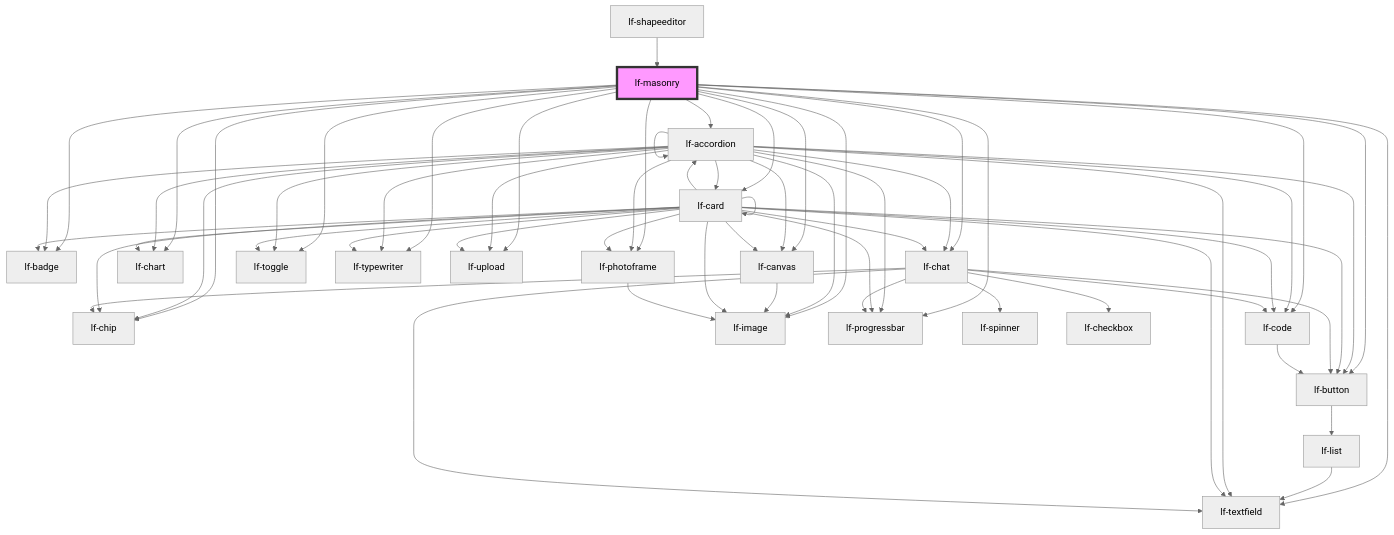
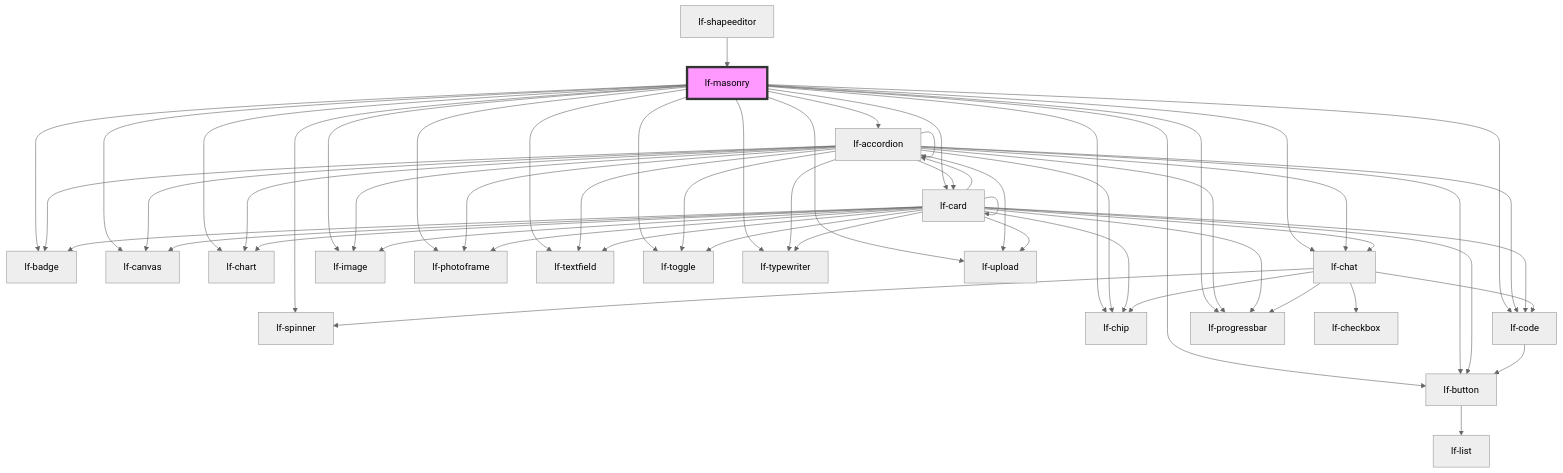
One commit to lucafoscili/lf-widgets changed the diagram in packages/core/src/components/lf-masonry/readme.md. Above: the diagram before and after it, drawn with Mermaid (neutral theme). The commit also changed other lines of this file and 96 other files, not shown here.

First line of the commit message:
chore: Refactor core components to use FC-based Button and Textfield

````diff
--- a/packages/core/src/components/lf-masonry/readme.md
+++ b/packages/core/src/components/lf-masonry/readme.md
@@ -175,65 +176,61 @@
 ```mermaid
 graph TD;
-  lf-masonry --> lf-button
+  lf-masonry --> lf-spinner
   lf-masonry --> lf-accordion
   lf-masonry --> lf-badge
+  lf-masonry --> lf-button
   lf-masonry --> lf-canvas
   lf-masonry --> lf-card
   lf-masonry --> lf-chart
   lf-masonry --> lf-chat
   lf-masonry --> lf-chip
   lf-masonry --> lf-code
   lf-masonry --> lf-image
   lf-masonry --> lf-photoframe
   lf-masonry --> lf-progressbar
   lf-masonry --> lf-textfield
   lf-masonry --> lf-toggle
   lf-masonry --> lf-typewriter
   lf-masonry --> lf-upload
-  lf-button --> lf-list
-  lf-list --> lf-textfield
   lf-accordion --> lf-accordion
   lf-accordion --> lf-badge
   lf-accordion --> lf-button
   lf-accordion --> lf-canvas
   lf-accordion --> lf-card
   lf-accordion --> lf-chart
   lf-accordion --> lf-chat
   lf-accordion --> lf-chip
   lf-accordion --> lf-code
   lf-accordion --> lf-image
   lf-accordion --> lf-photoframe
   lf-accordion --> lf-progressbar
   lf-accordion --> lf-textfield
   lf-accordion --> lf-toggle
   lf-accordion --> lf-typewriter
   lf-accordion --> lf-upload
-  lf-canvas --> lf-image
+  lf-button --> lf-list
   lf-card --> lf-accordion
   lf-card --> lf-badge
   lf-card --> lf-button
   lf-card --> lf-canvas
   lf-card --> lf-card
   lf-card --> lf-chart
   lf-card --> lf-chat
   lf-card --> lf-chip
   lf-card --> lf-code
   lf-card --> lf-image
   lf-card --> lf-photoframe
   lf-card --> lf-progressbar
   lf-card --> lf-textfield
   lf-card --> lf-toggle
   lf-card --> lf-typewriter
   lf-card --> lf-upload
   lf-chat --> lf-chip
-  lf-chat --> lf-button
-  lf-chat --> lf-textfield
   lf-chat --> lf-spinner
   lf-chat --> lf-code
   lf-chat --> lf-progressbar
   lf-chat --> lf-checkbox
   lf-code --> lf-button
-  lf-photoframe --> lf-image
   lf-shapeeditor --> lf-masonry
   style lf-masonry fill:#f9f,stroke:#333,stroke-width:4px
 ```
````
